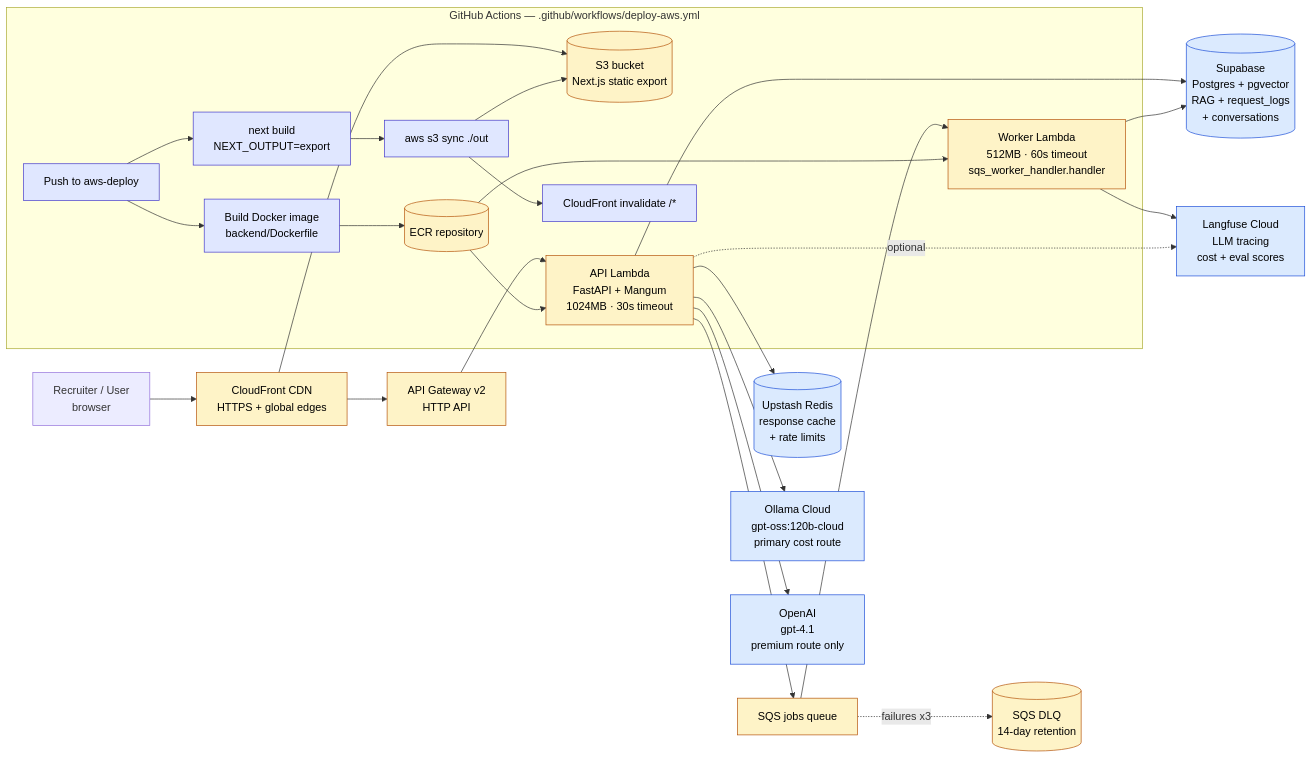
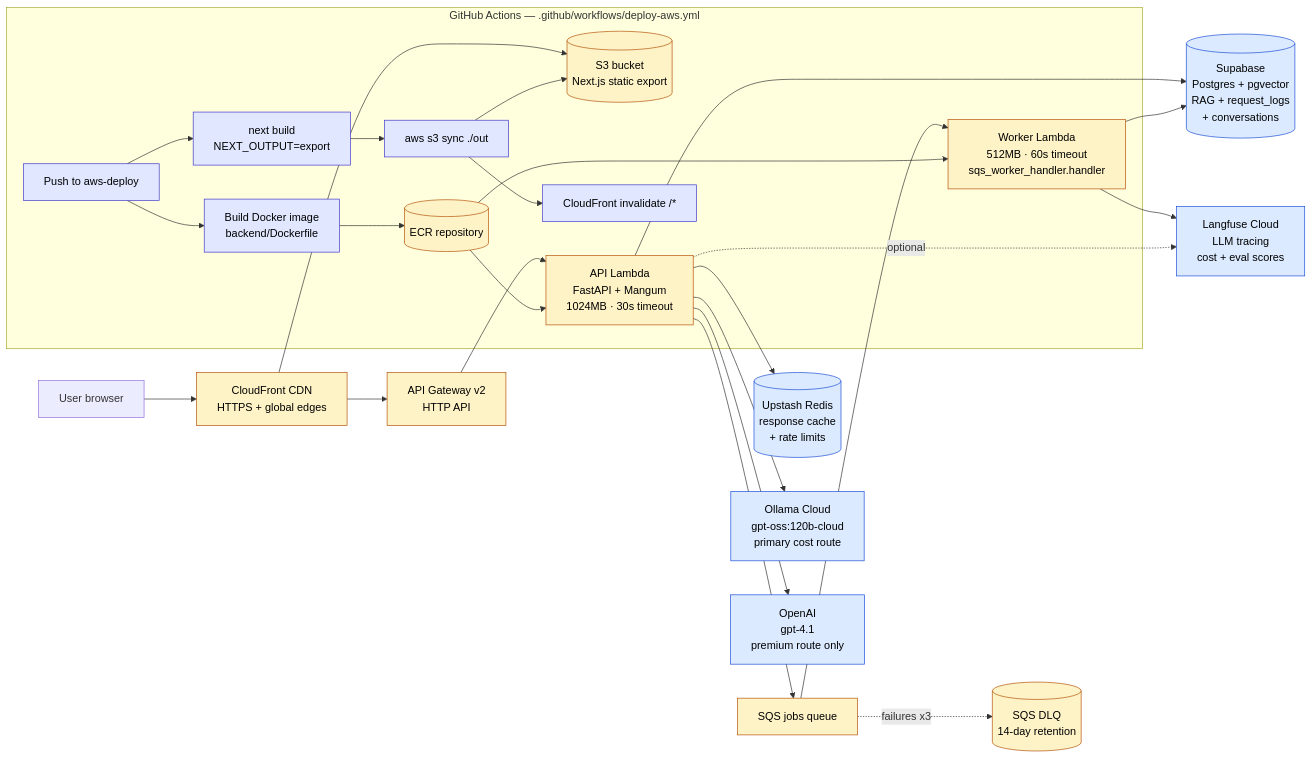
The second of 3 diagrams in README.md (sandipanseal/InferOps-AI), drawn with Mermaid before and after one commit. The commit also changed other lines of this file and 4 other files, not shown here.

````diff
--- a/README.md
+++ b/README.md
@@ -573,40 +572,40 @@
 ```mermaid
 flowchart LR
-    Browser[Recruiter / User<br/>browser] --> CF[CloudFront CDN<br/>HTTPS + global edges]
+    Browser[User browser] --> CF[CloudFront CDN<br/>HTTPS + global edges]
 
     CF --> S3[(S3 bucket<br/>Next.js static export)]
     CF --> APIG[API Gateway v2<br/>HTTP API]
 
     APIG --> APILambda[API Lambda<br/>FastAPI + Mangum<br/>1024MB · 30s timeout]
 
     APILambda --> Supa[(Supabase<br/>Postgres + pgvector<br/>RAG + request_logs<br/>+ conversations)]
     APILambda --> Upstash[(Upstash Redis<br/>response cache<br/>+ rate limits)]
     APILambda --> Ollama[Ollama Cloud<br/>gpt-oss:120b-cloud<br/>primary cost route]
     APILambda --> OpenAI[OpenAI<br/>gpt-4.1<br/>premium route only]
     APILambda --> SQS[SQS jobs queue]
 
     SQS --> Worker[Worker Lambda<br/>512MB · 60s timeout<br/>sqs_worker_handler.handler]
     Worker --> Supa
     Worker --> LF[Langfuse Cloud<br/>LLM tracing<br/>cost + eval scores]
     APILambda -.optional.-> LF
 
     SQS -.failures x3.-> DLQ[(SQS DLQ<br/>14-day retention)]
 
     subgraph CICD["GitHub Actions — .github/workflows/deploy-aws.yml"]
         Push[Push to aws-deploy] --> Build[Build Docker image<br/>backend/Dockerfile]
         Build --> ECR[(ECR repository)]
         ECR --> APILambda
         ECR --> Worker
         Push --> NB[next build<br/>NEXT_OUTPUT=export]
         NB --> S3sync[aws s3 sync ./out]
         S3sync --> S3
         S3sync --> Inv[CloudFront invalidate /*]
     end
 
     classDef serverless fill:#fef3c7,stroke:#b45309,color:#000;
     classDef managed fill:#dbeafe,stroke:#1d4ed8,color:#000;
     classDef cicd fill:#e0e7ff,stroke:#4338ca,color:#000;
     class APILambda,Worker,APIG,CF,SQS,DLQ,S3,ECR serverless;
     class Supa,Upstash,Ollama,OpenAI,LF managed;
     class Push,Build,NB,S3sync,Inv cicd;
 ```
````
